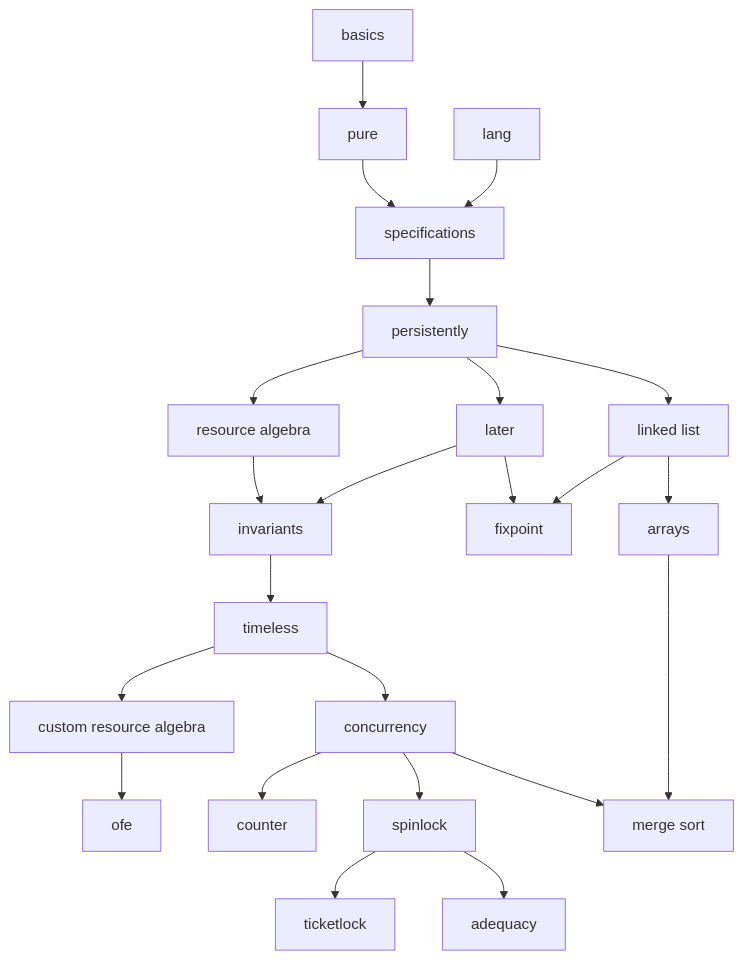
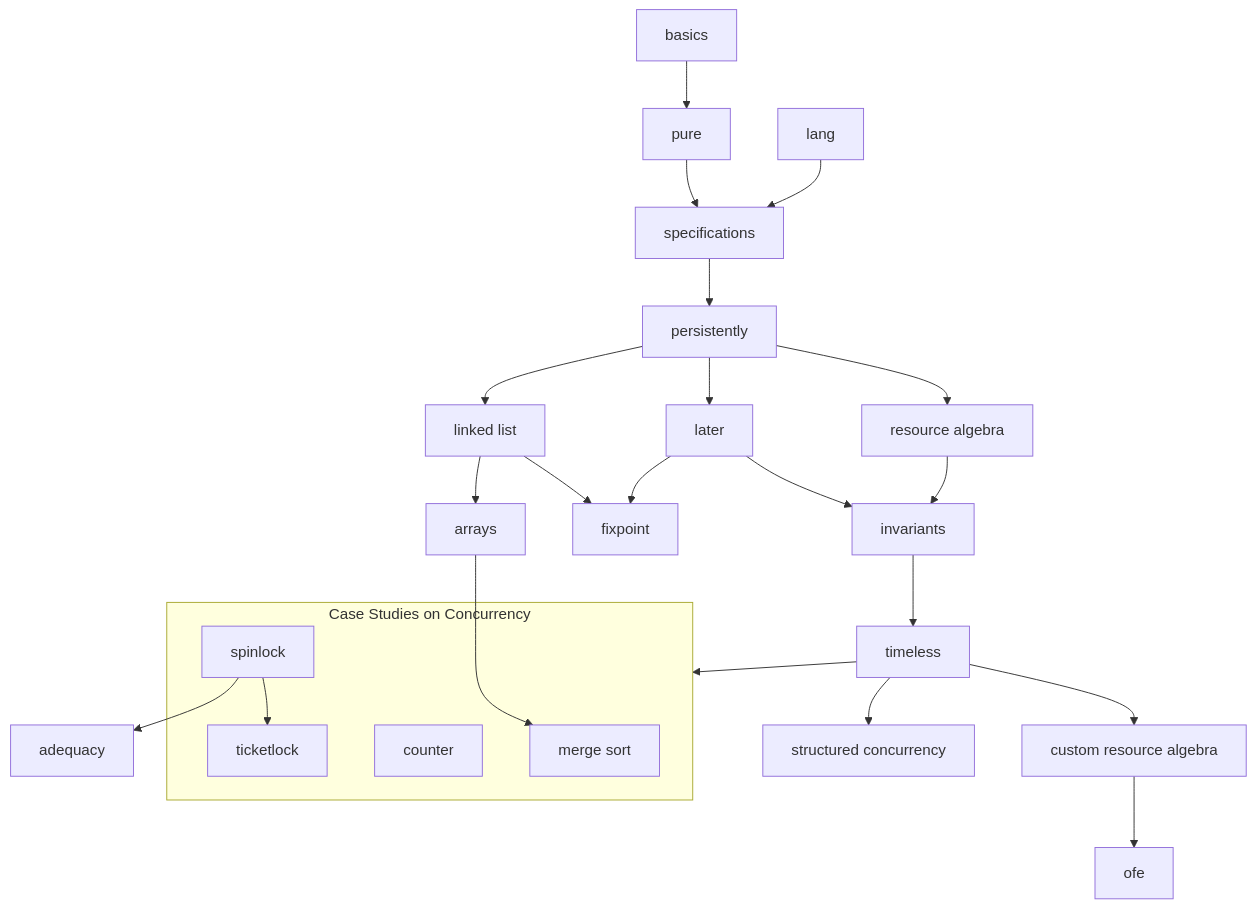
One commit to logsem/iris-tutorial changed the diagram in graph.md. Above: the diagram before and after it, drawn with Mermaid. The commit also changed 6 other files, not shown here.

Commit message:
Changed concurrency to structured_conc. Updated contents plan. Updated chapter dependencies. Minor fixes.

````diff
--- a/graph.md
+++ b/graph.md
@@ -1,34 +1,37 @@
 ```mermaid
 graph TD;
   basics --> pure;
   pure --> specs[specifications];
   lang --> specs;
   specs --> pers[persistently];
   pers -->  ra[resource algebra];
   pers --> later;
   pers --> linklist[linked list];
 
   ra --> invariants;
 
   later --> invariants;
   later --> fix[fixpoint];
 
   linklist --> fix;
   linklist --> arrays;
   
   invariants --> timeless;
 
   arrays --> merge[merge sort];
 
   timeless --> cst_ra[custom resource algebra];
-  timeless --> conc[concurrency];
+  timeless --> strconc[structured concurrency];
+  timeless --> ccs;
+  subgraph ccs[Case Studies on Concurrency]
+  counter;
+  spinlock;
+  ticketlock;
+  merge;
+  spinlock --> ticketlock;
+  end
 
+  spinlock --> adequacy;
   cst_ra --> ofe;
 
-  conc --> counter;
-  conc --> spinlock;
-  conc --> merge;
-
-  spinlock --> ticketlock;
-  spinlock --> adequacy;
 ```
````
